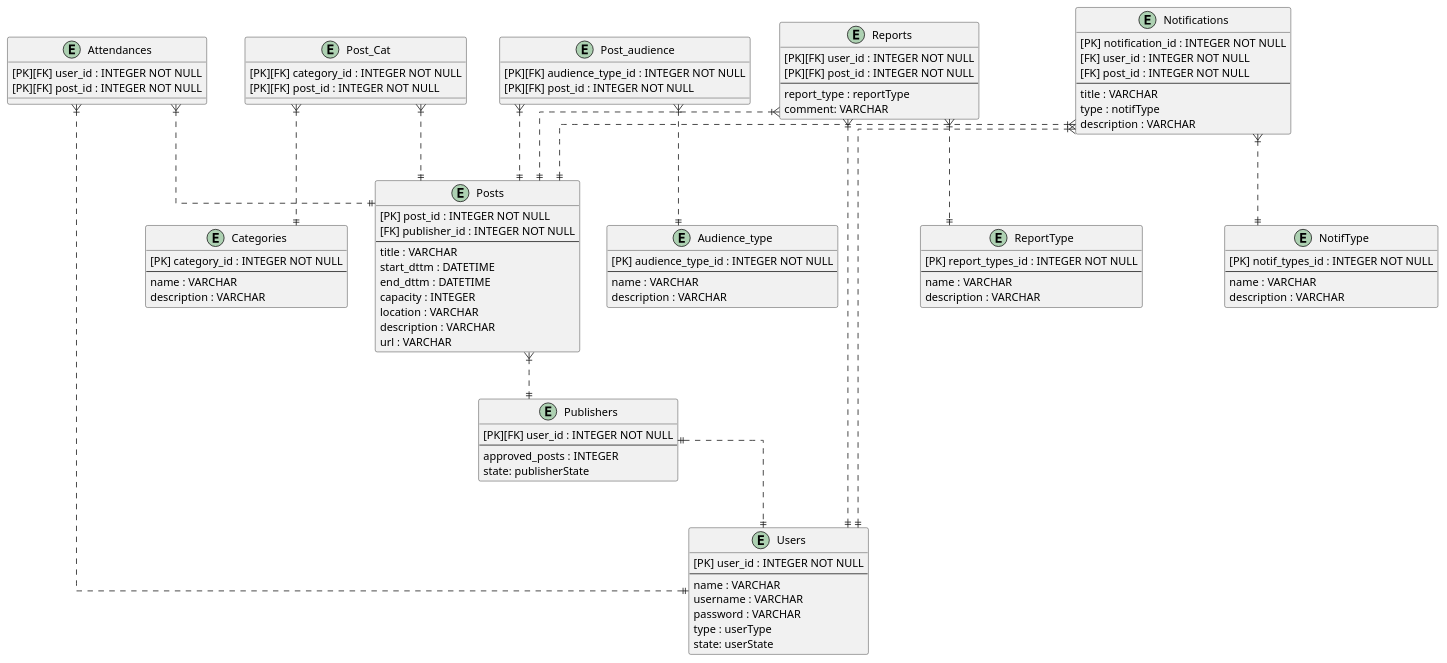
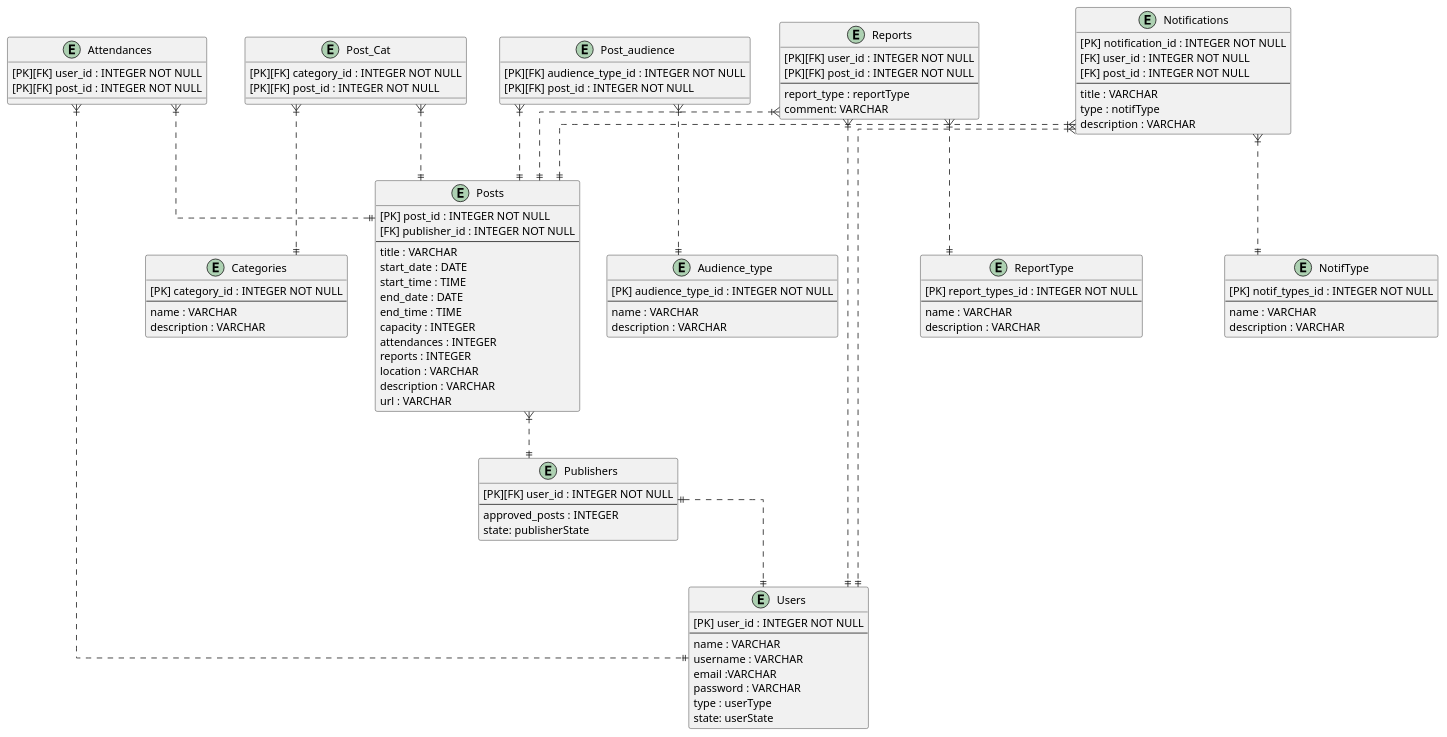
The diagram in docs/diagramas/entity_relation.puml (mazHania4/o_k_h), drawn with PlantUML before and after one commit. The commit also changed 20 other files, not shown here.

```diff
--- a/docs/diagramas/entity_relation.puml
+++ b/docs/diagramas/entity_relation.puml
@@ -1,122 +1,127 @@
 @startuml entity_relation
 
 ' hide the spot
 ' hide circle
 
 ' avoid problems with angled crows feet
 skinparam linetype ortho
 
 
 entity "Users" as users {
     [PK] user_id : INTEGER NOT NULL
     --
     name : VARCHAR
     username : VARCHAR
+    email :VARCHAR
     password : VARCHAR
     type : userType
     state: userState
 }
 
 entity "Publishers" as publishers {
     [PK][FK] user_id : INTEGER NOT NULL
     --
     approved_posts : INTEGER
     state: publisherState
 }
 
 entity "Posts" as posts {
     [PK] post_id : INTEGER NOT NULL
     [FK] publisher_id : INTEGER NOT NULL
     --
     title : VARCHAR
-    start_dttm : DATETIME
-    end_dttm : DATETIME
+    start_date : DATE
+    start_time : TIME
+    end_date : DATE
+    end_time : TIME
     capacity : INTEGER
+    attendances : INTEGER
+    reports : INTEGER
     location : VARCHAR
     description : VARCHAR
     url : VARCHAR
 }
 
 entity "Categories" as cats {
     [PK] category_id : INTEGER NOT NULL
     --
     name : VARCHAR
     description : VARCHAR
 }
 
 entity "Post_Cat" as post_cat {
     [PK][FK] category_id : INTEGER NOT NULL
     [PK][FK] post_id : INTEGER NOT NULL
 }
 
 entity "Audience_type" as audience_type {
     [PK] audience_type_id : INTEGER NOT NULL
     --
     name : VARCHAR
     description : VARCHAR
 }
 
 entity "Post_audience" as post_audience {
     [PK][FK] audience_type_id : INTEGER NOT NULL
     [PK][FK] post_id : INTEGER NOT NULL
 }
 
 entity "Attendances" as attendances {
     [PK][FK] user_id : INTEGER NOT NULL
     [PK][FK] post_id : INTEGER NOT NULL
 }
 
 entity "ReportType" as report_types {
     [PK] report_types_id : INTEGER NOT NULL
     --
     name : VARCHAR
     description : VARCHAR
 }
 
 entity "Reports" as reports {
     [PK][FK] user_id : INTEGER NOT NULL
     [PK][FK] post_id : INTEGER NOT NULL
     --
     report_type : reportType
     comment: VARCHAR
 }
 
 
 entity "NotifType" as notifTypes {
     [PK] notif_types_id : INTEGER NOT NULL
     --
     name : VARCHAR
     description : VARCHAR
 }
 
 entity "Notifications" as notifs {
     [PK] notification_id : INTEGER NOT NULL
     [FK] user_id : INTEGER NOT NULL
     [FK] post_id : INTEGER NOT NULL
     --
     title : VARCHAR
     type : notifType
     description : VARCHAR
 }
 
 publishers ||..|| users
 posts }|..|| publishers
 post_cat }|..|| posts
 post_cat }|..|| cats
 post_audience }|..|| posts
 post_audience }|..|| audience_type
 attendances }|..|| posts
 attendances }|..|| users
 reports }|..|| posts
 reports }|..|| users
 reports }|..|| report_types
 
 notifs }|..|| users
 notifs }|..|| posts
 notifs }|..|| notifTypes
 
 
 
 
 
 @enduml
```
